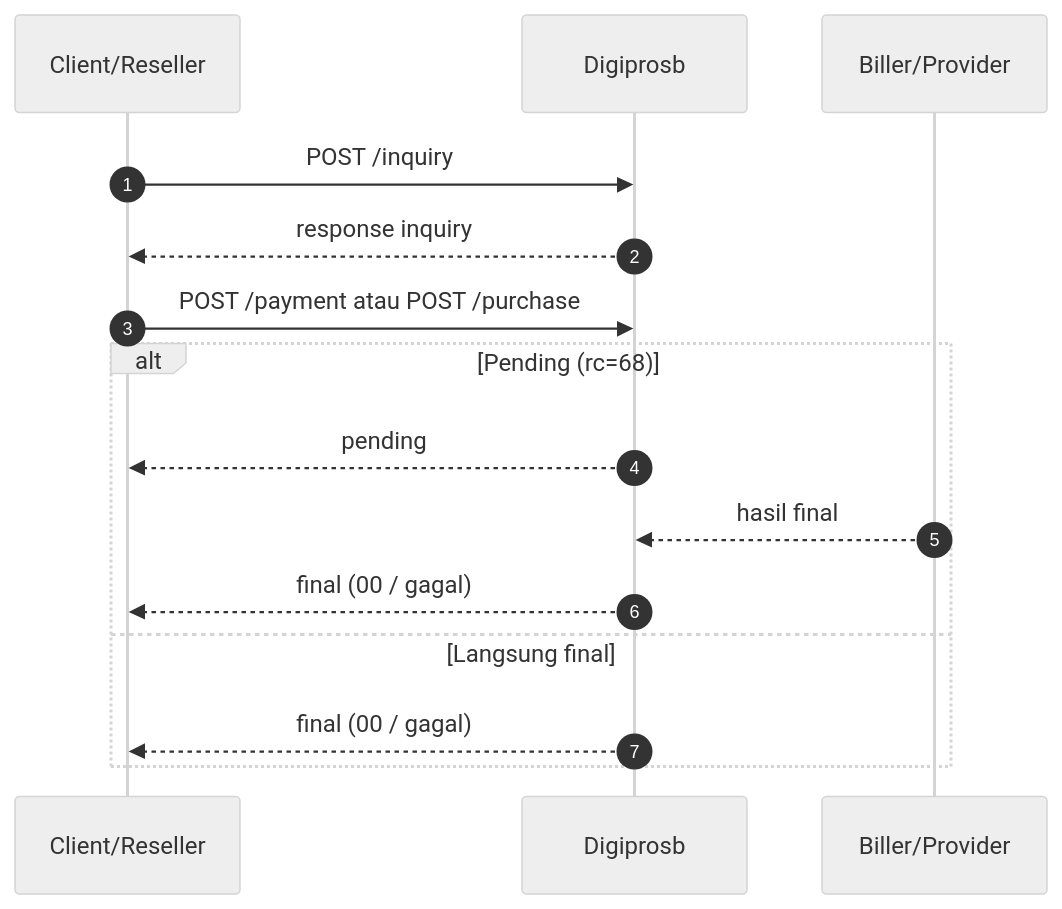
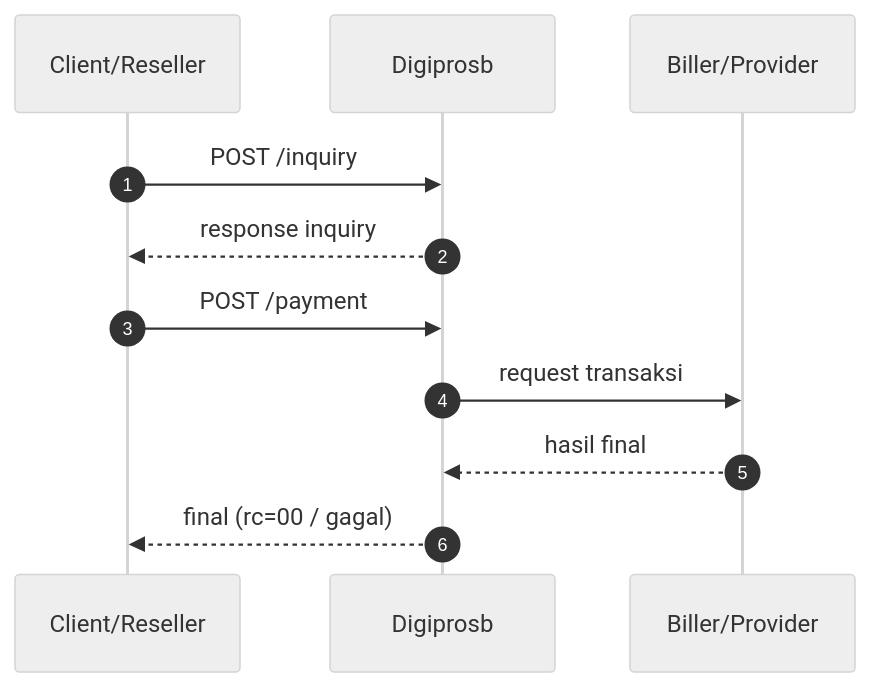
One commit to digiprosb/digiprosb-api-documentation changed the second of 2 diagrams in doc/02-persiapan-integrasi.md. Above: the diagram before and after it, drawn with Mermaid (neutral theme). The commit also changed other lines of this file and 30 other files, not shown here.

````diff
--- a/doc/02-persiapan-integrasi.md
+++ b/doc/02-persiapan-integrasi.md
@@ -90,18 +90,14 @@
 ```mermaid
 sequenceDiagram
   autonumber
   participant Client as Client/Reseller
   participant Digiprosb as Digiprosb
   participant Biller as Biller/Provider
 
   Client->>Digiprosb: POST /inquiry
   Digiprosb-->>Client: response inquiry
-  Client->>Digiprosb: POST /payment atau POST /purchase
-  alt Pending (rc=68)
-    Digiprosb-->>Client: pending
-    Biller-->>Digiprosb: hasil final
-    Digiprosb-->>Client: final (00 / gagal)
-  else Langsung final
-    Digiprosb-->>Client: final (00 / gagal)
-  end
+  Client->>Digiprosb: POST /payment
+  Digiprosb->>Biller: request transaksi
+  Biller-->>Digiprosb: hasil final
+  Digiprosb-->>Client: final (rc=00 / gagal)
 ```
````
